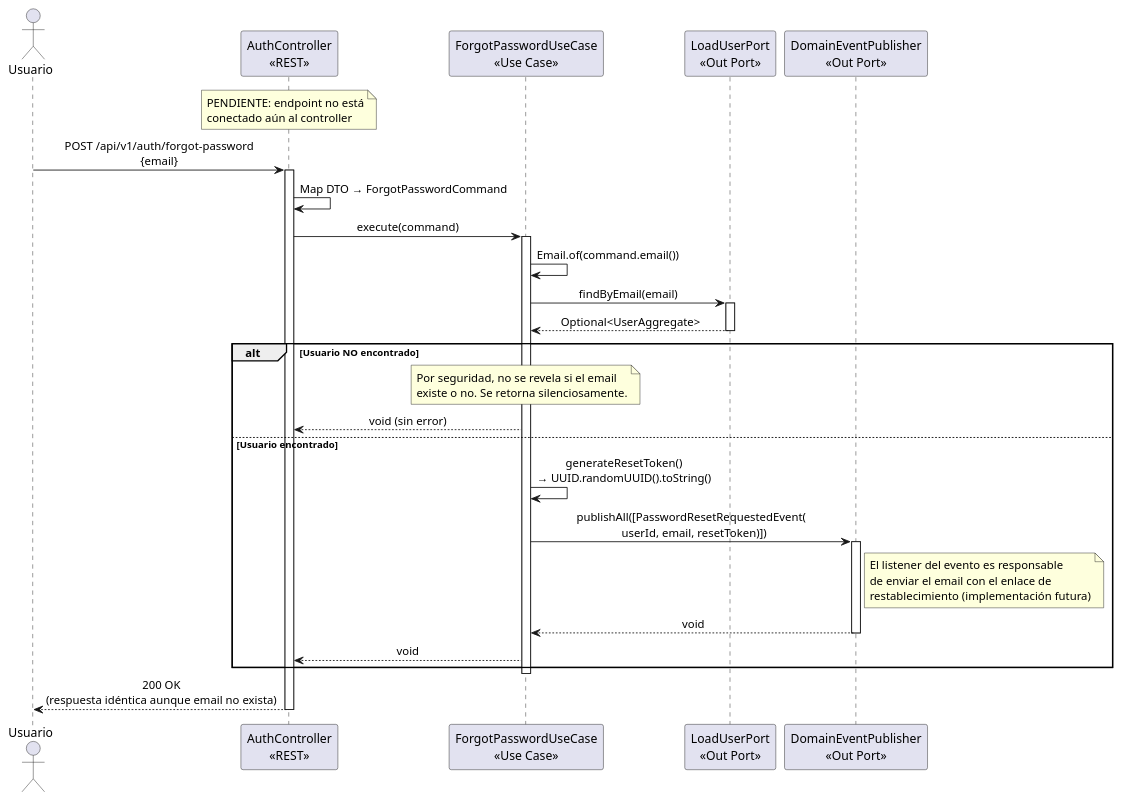
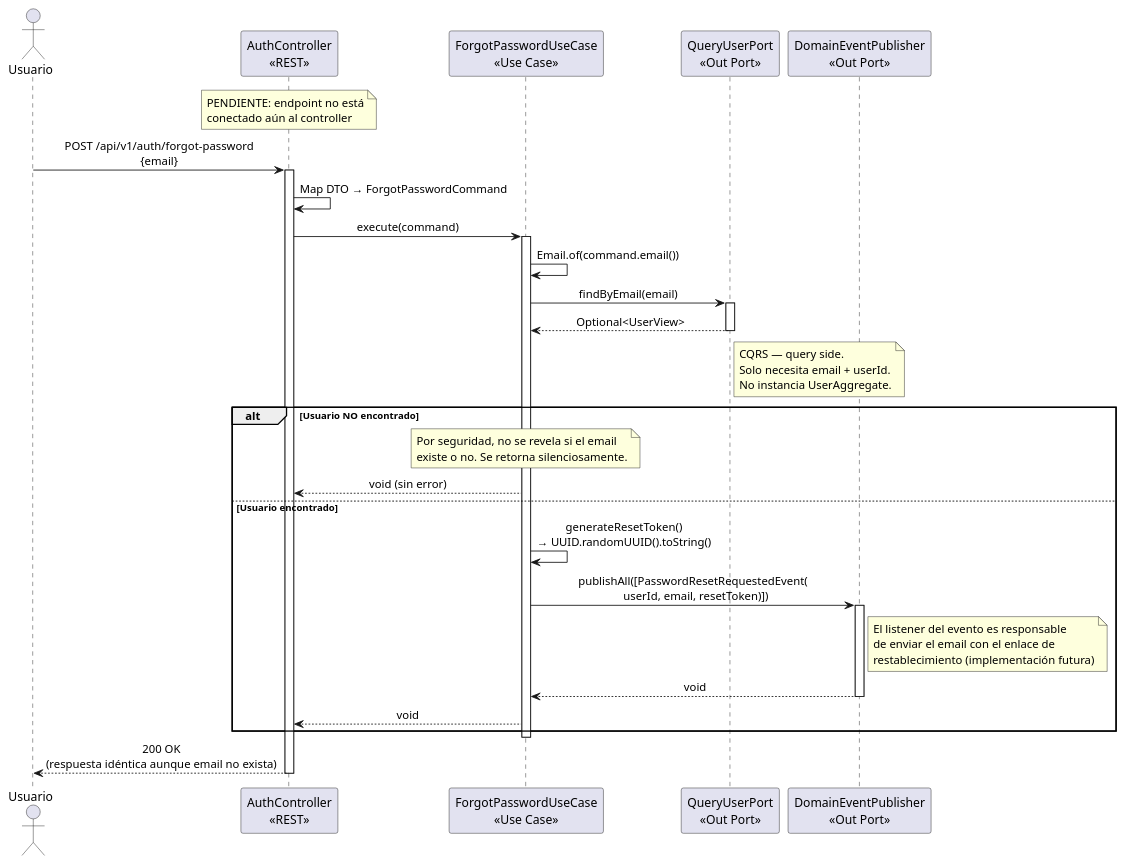
Before and after one commit to Leonardo-Robot-PostRock/RiseTogetherDemo: the diagram in itjobs-docs/diagrams/auth/sequences/seq-forgot-password.puml, drawn with PlantUML. The commit also changed 53 other files, not shown here.

Commit message:
refactor(auth): update diagrams, architecture, and tests for CQRS pattern

```diff
--- a/itjobs-docs/diagrams/auth/sequences/seq-forgot-password.puml
+++ b/itjobs-docs/diagrams/auth/sequences/seq-forgot-password.puml
@@ -1,60 +1,66 @@
 @startuml ITJobs - Secuencia: Recuperación de Contraseña
 
 skinparam sequenceMessageAlign center
 skinparam responseMessageBelowArrow true
 
 actor "Usuario" as U
 participant "AuthController\n<<REST>>" as CTRL
 participant "ForgotPasswordUseCase\n<<Use Case>>" as UC
-participant "LoadUserPort\n<<Out Port>>" as LOAD
+participant "QueryUserPort\n<<Out Port>>" as QUERY
 participant "DomainEventPublisher\n<<Out Port>>" as PUB
 
 note over CTRL
   PENDIENTE: endpoint no está
   conectado aún al controller
 end note
 
 U -> CTRL : POST /api/v1/auth/forgot-password\n{email}
 activate CTRL
 
 CTRL -> CTRL : Map DTO → ForgotPasswordCommand
 
 CTRL -> UC : execute(command)
 activate UC
 
 UC -> UC : Email.of(command.email())
 
-' Buscar usuario por email
-UC -> LOAD : findByEmail(email)
-activate LOAD
-LOAD --> UC : Optional<UserAggregate>
-deactivate LOAD
+' Buscar usuario por email (query side)
+UC -> QUERY : findByEmail(email)
+activate QUERY
+QUERY --> UC : Optional<UserView>
+deactivate QUERY
+
+note right of QUERY
+  CQRS — query side.
+  Solo necesita email + userId.
+  No instancia UserAggregate.
+end note
 
 alt Usuario NO encontrado
     note over UC
       Por seguridad, no se revela si el email
       existe o no. Se retorna silenciosamente.
     end note
     UC --> CTRL : void (sin error)
 else Usuario encontrado
     UC -> UC : generateResetToken()\n→ UUID.randomUUID().toString()
 
     UC -> PUB : publishAll([PasswordResetRequestedEvent(\n  userId, email, resetToken)])
     activate PUB
     note right of PUB
       El listener del evento es responsable
       de enviar el email con el enlace de
       restablecimiento (implementación futura)
     end note
     PUB --> UC : void
     deactivate PUB
 
     UC --> CTRL : void
 end
 
 deactivate UC
 
 CTRL --> U : 200 OK\n(respuesta idéntica aunque email no exista)
 deactivate CTRL
 
 @enduml
```
